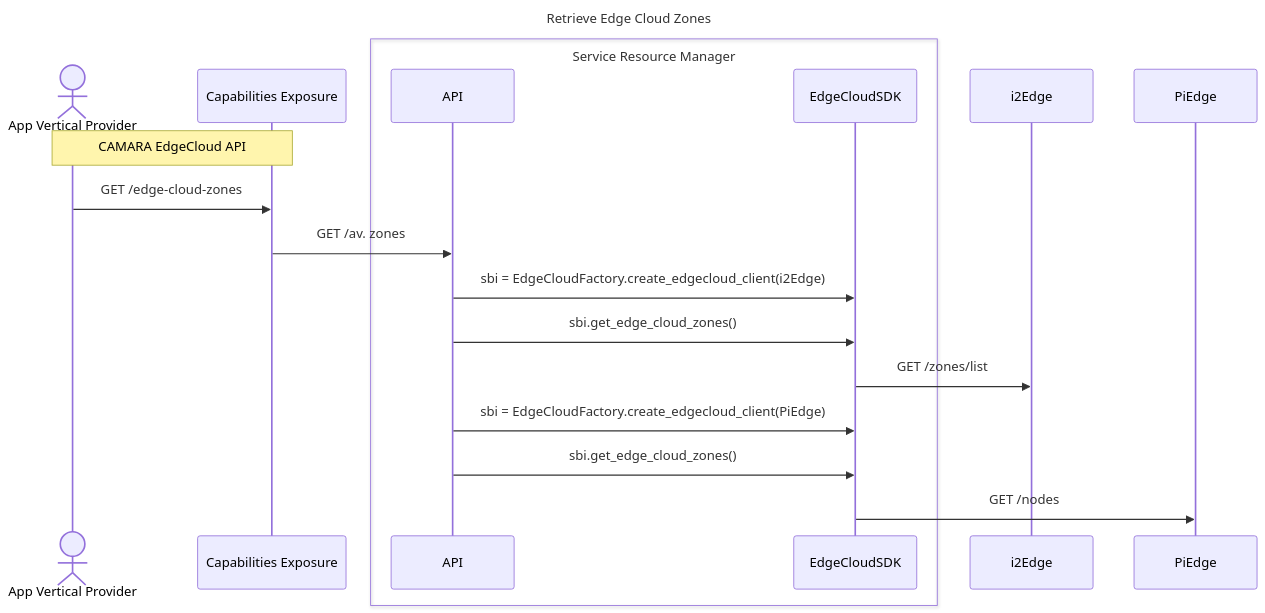
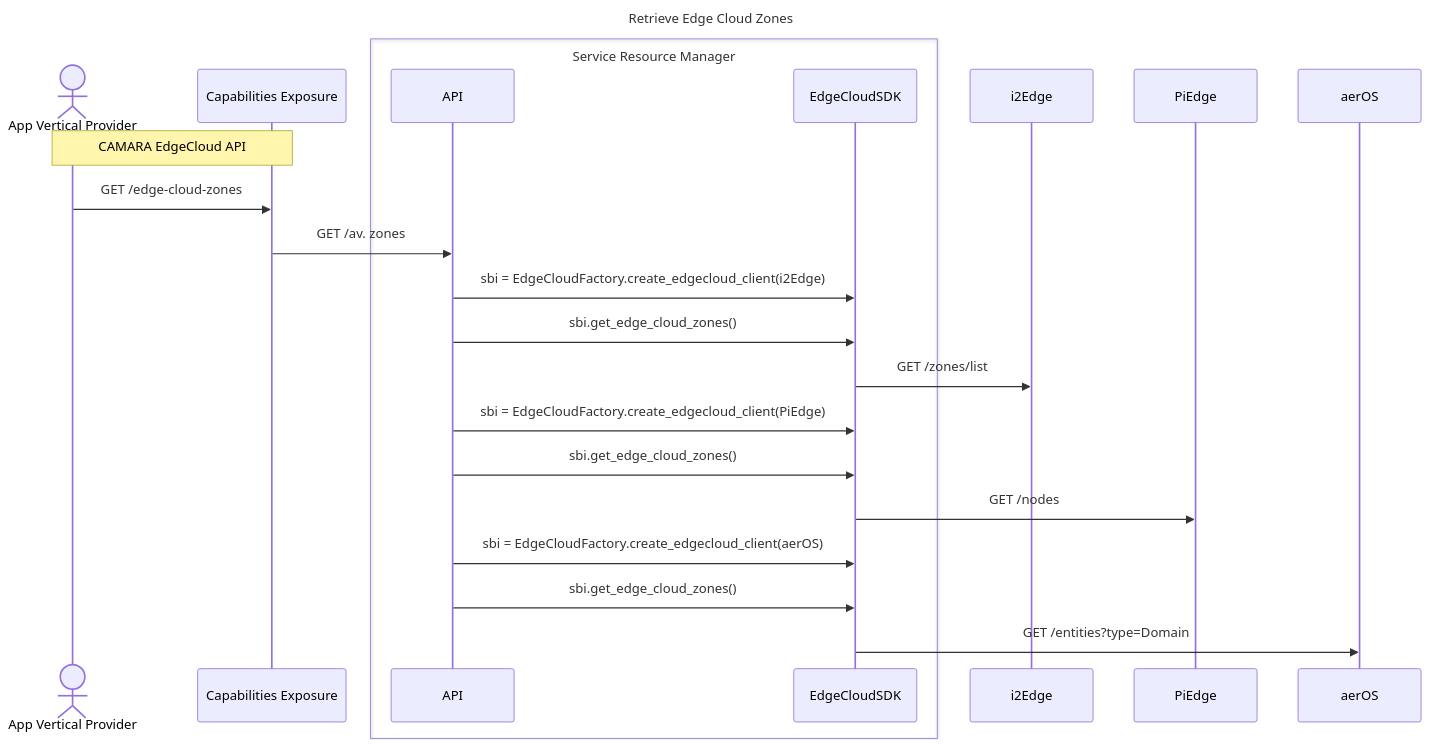
The diagram in docs/workflows/edgecloud/get_av_zones.md (tassospandis/open-sdk), drawn with Mermaid before and after one commit. The commit also changed 8 other files, not shown here.

Commit message:
aerOS continuum exposure under OpenSDK. pytesting still needs to be alinged

````diff
--- a/docs/workflows/edgecloud/get_av_zones.md
+++ b/docs/workflows/edgecloud/get_av_zones.md
@@ -1,22 +1,26 @@
 ```mermaid
 sequenceDiagram
 title Retrieve Edge Cloud Zones
 actor AP as App Vertical Provider
 participant CE as Capabilities Exposure
 box Service Resource Manager
     participant API
     participant SDK as EdgeCloudSDK
 end
 participant i2Edge
 participant PiEdge
+participant aerOS
 
 note over AP,CE: CAMARA EdgeCloud API
 AP ->> CE: GET /edge-cloud-zones
 CE ->> API: GET /av. zones
 API ->> SDK: sbi = EdgeCloudFactory.create_edgecloud_client(i2Edge)
 API ->> SDK: sbi.get_edge_cloud_zones()
 SDK ->> i2Edge: GET /zones/list
 API ->> SDK: sbi = EdgeCloudFactory.create_edgecloud_client(PiEdge)
 API ->> SDK: sbi.get_edge_cloud_zones()
 SDK ->> PiEdge: GET /nodes
+API ->> SDK: sbi = EdgeCloudFactory.create_edgecloud_client(aerOS)
+API ->> SDK: sbi.get_edge_cloud_zones()
+SDK ->> aerOS: GET /entities?type=Domain
 ```
````
